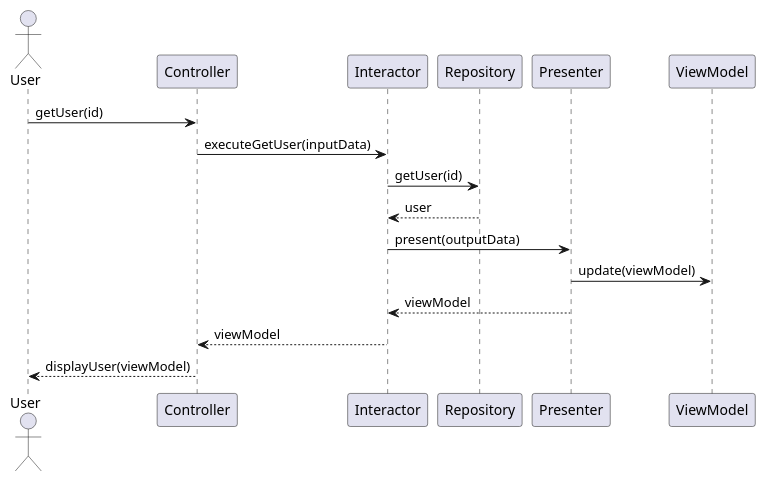
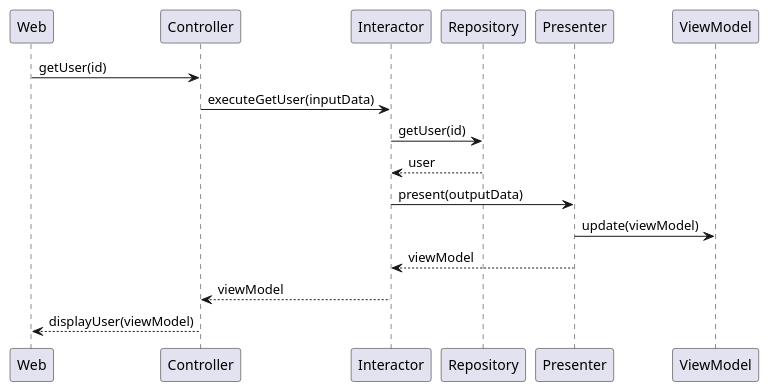
Before and after one commit to francisco-gargiulo/clean-architecture-typical-scenario-ts: the first of 2 diagrams in README.md, drawn with PlantUML. The commit also changed other lines of this file, not shown here.

Commit message:
improves on diagrams

````diff
--- a/README.md
+++ b/README.md
@@ -64,20 +64,20 @@
 ```plantuml
 @startuml
-  actor User
+  participant Web
   participant Controller
   participant Interactor
   participant Repository
   participant Presenter
   participant ViewModel
 
-  User -> Controller : getUser(id)
+  Web -> Controller : getUser(id)
   Controller -> Interactor : executeGetUser(inputData)
   Interactor -> Repository : getUser(id)
   Repository --> Interactor : user
   Interactor -> Presenter : present(outputData)
   Presenter -> ViewModel : update(viewModel)
   Presenter --> Interactor : viewModel
   Interactor --> Controller : viewModel
-  Controller --> User : displayUser(viewModel)
+  Controller --> Web : displayUser(viewModel)
 @enduml
 ```
````
